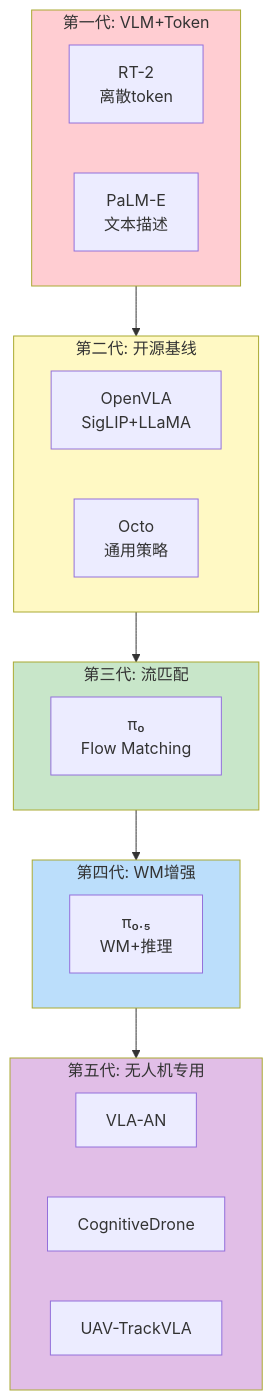
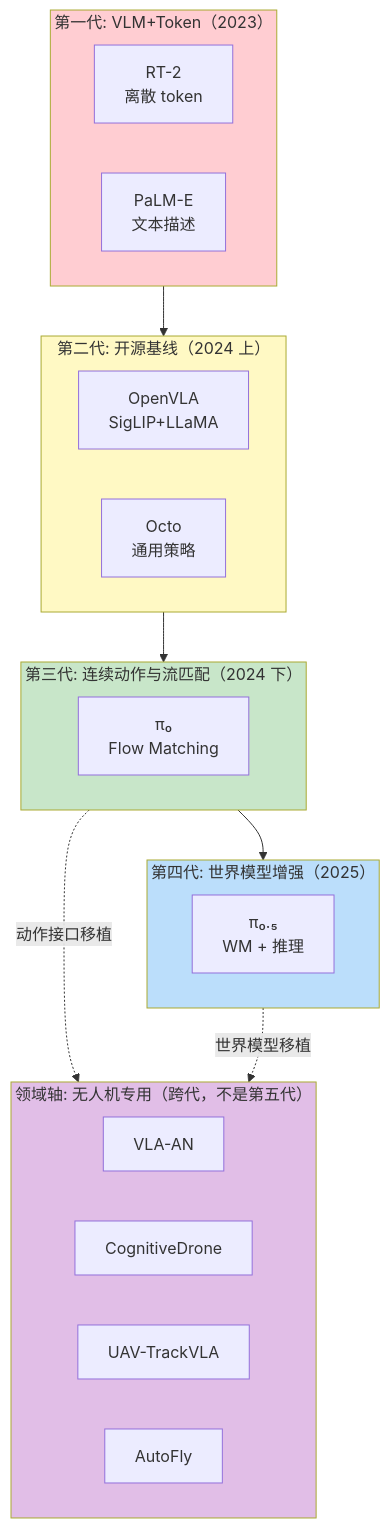
Diagram 17 of 19 in mindmaps/vla-evolution.md (Qxy661/UAV-WM-VLA-Learning), drawn with Mermaid before and after one commit. The commit also changed other lines of this file and 22 other files, not shown here.

````diff
--- a/mindmaps/vla-evolution.md
+++ b/mindmaps/vla-evolution.md
@@ -431,37 +474,39 @@
 ```mermaid
 graph TB
-    subgraph Gen1["第一代: VLM+Token"]
-        RT2["RT-2<br/>离散token"]
+    subgraph Gen1["第一代: VLM+Token（2023）"]
+        RT2["RT-2<br/>离散 token"]
         PaLME["PaLM-E<br/>文本描述"]
     end
 
-    subgraph Gen2["第二代: 开源基线"]
+    subgraph Gen2["第二代: 开源基线（2024 上）"]
         OpenVLA["OpenVLA<br/>SigLIP+LLaMA"]
         Octo["Octo<br/>通用策略"]
     end
 
-    subgraph Gen3["第三代: 流匹配"]
+    subgraph Gen3["第三代: 连续动作与流匹配（2024 下）"]
         Pi0["π₀<br/>Flow Matching"]
     end
 
-    subgraph Gen4["第四代: WM增强"]
-        Pi05["π₀.₅<br/>WM+推理"]
+    subgraph Gen4["第四代: 世界模型增强（2025）"]
+        Pi05["π₀.₅<br/>WM + 推理"]
     end
 
-    subgraph Gen5["第五代: 无人机专用"]
+    subgraph Domain["领域轴: 无人机专用（跨代，不是第五代）"]
         VLAAN["VLA-AN"]
         CogDrone["CognitiveDrone"]
         TrackVLA["UAV-TrackVLA"]
+        AutoFly["AutoFly"]
     end
 
     Gen1 --> Gen2
     Gen2 --> Gen3
     Gen3 --> Gen4
-    Gen4 --> Gen5
+    Gen3 -.->|"动作接口移植"| Domain
+    Gen4 -.->|"世界模型移植"| Domain
 
     style Gen1 fill:#ffcdd2
     style Gen2 fill:#fff9c4
     style Gen3 fill:#c8e6c9
     style Gen4 fill:#bbdefb
-    style Gen5 fill:#e1bee7
+    style Domain fill:#e1bee7
 ```
````
